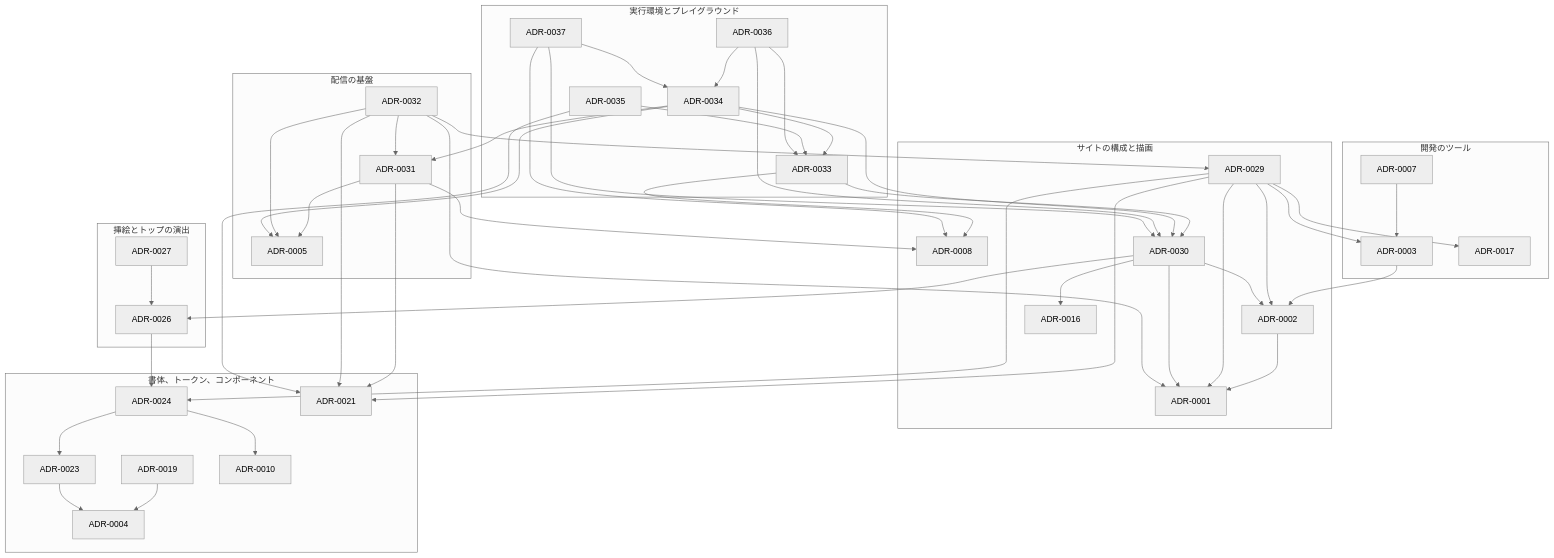
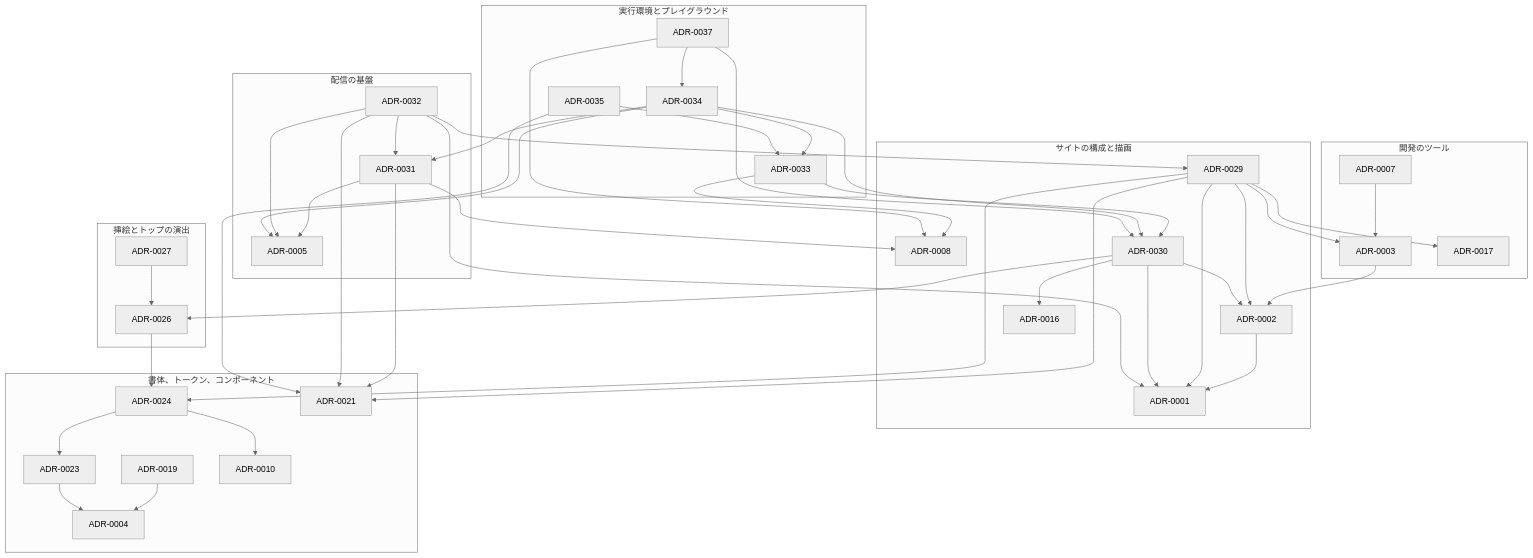
One commit to Fukuemon/fukuemon.dev changed the diagram in adr/index.md. Above: the diagram before and after it, drawn with Mermaid (neutral theme). The commit also changed other lines of this file and 2 other files, not shown here.

Commit message:
docs(adr): Node から DB に接続する形を、Unix ドメインソケットと pg にする ADR-0038 を提案で足す #34

````diff
--- a/adr/index.md
+++ b/adr/index.md
@@ -80,81 +90,77 @@
 ```mermaid
 flowchart TB
   subgraph site["サイトの構成と描画"]
     A0001["ADR-0001"]
     A0002["ADR-0002"]
     A0008["ADR-0008"]
     A0016["ADR-0016"]
     A0029["ADR-0029"]
     A0030["ADR-0030"]
   end
   subgraph tools["開発のツール"]
     A0003["ADR-0003"]
     A0007["ADR-0007"]
     A0017["ADR-0017"]
   end
   subgraph infra["配信の基盤"]
     A0005["ADR-0005"]
     A0031["ADR-0031"]
     A0032["ADR-0032"]
   end
   subgraph design["書体、トークン、コンポーネント"]
     A0004["ADR-0004"]
     A0019["ADR-0019"]
     A0023["ADR-0023"]
     A0010["ADR-0010"]
     A0024["ADR-0024"]
     A0021["ADR-0021"]
   end
   subgraph top["挿絵とトップの演出"]
     A0026["ADR-0026"]
     A0027["ADR-0027"]
   end
   subgraph runtime["実行環境とプレイグラウンド"]
     A0033["ADR-0033"]
     A0034["ADR-0034"]
     A0035["ADR-0035"]
-    A0036["ADR-0036"]
     A0037["ADR-0037"]
   end
   A0002 --> A0001
   A0003 --> A0002
   A0007 --> A0003
   A0019 --> A0004
   A0023 --> A0004
   A0024 --> A0010
   A0024 --> A0023
   A0026 --> A0024
   A0027 --> A0026
   A0029 --> A0001
   A0029 --> A0002
   A0029 --> A0003
   A0029 --> A0017
   A0029 --> A0021
   A0029 --> A0024
   A0030 --> A0001
   A0030 --> A0002
   A0030 --> A0016
   A0030 --> A0026
   A0031 --> A0005
   A0031 --> A0008
   A0031 --> A0021
   A0032 --> A0001
   A0032 --> A0005
   A0032 --> A0021
   A0032 --> A0029
   A0032 --> A0031
   A0033 --> A0008
   A0033 --> A0030
   A0034 --> A0005
   A0034 --> A0030
   A0034 --> A0031
   A0034 --> A0033
   A0035 --> A0021
   A0035 --> A0033
-  A0036 --> A0030
-  A0036 --> A0033
-  A0036 --> A0034
   A0037 --> A0008
   A0037 --> A0030
   A0037 --> A0034
 ```
````
